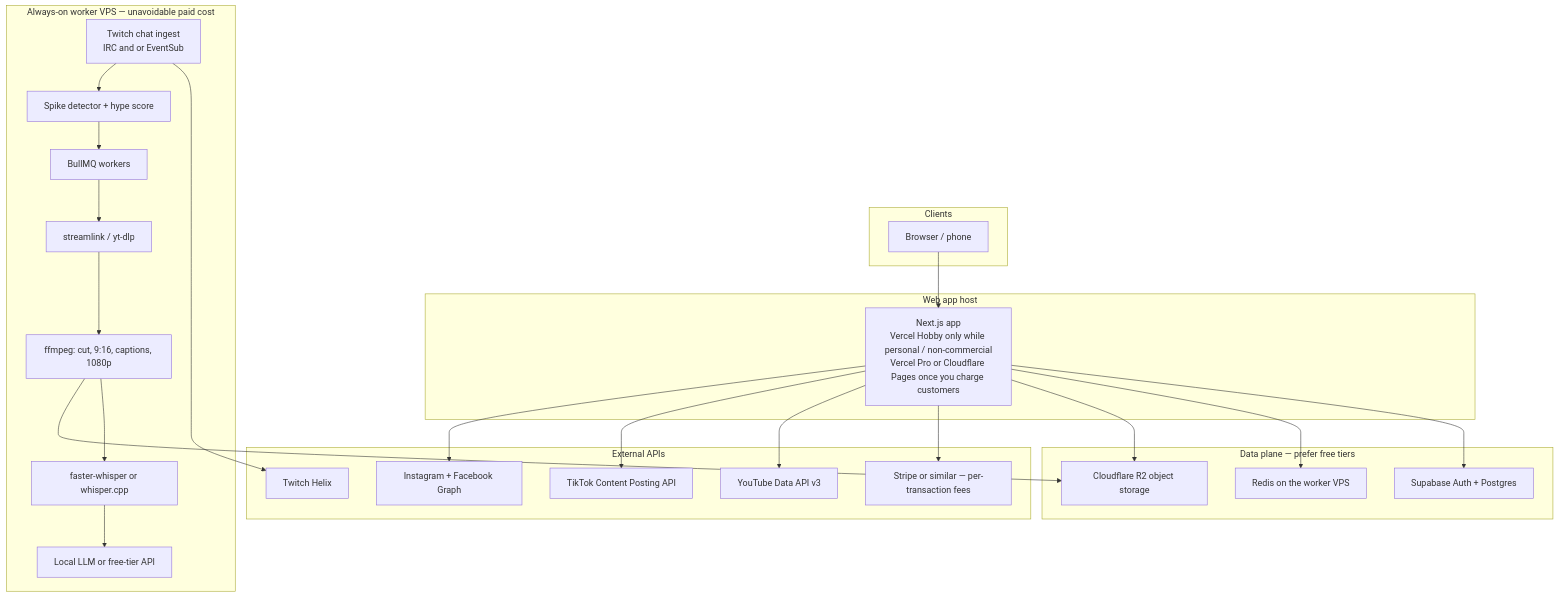
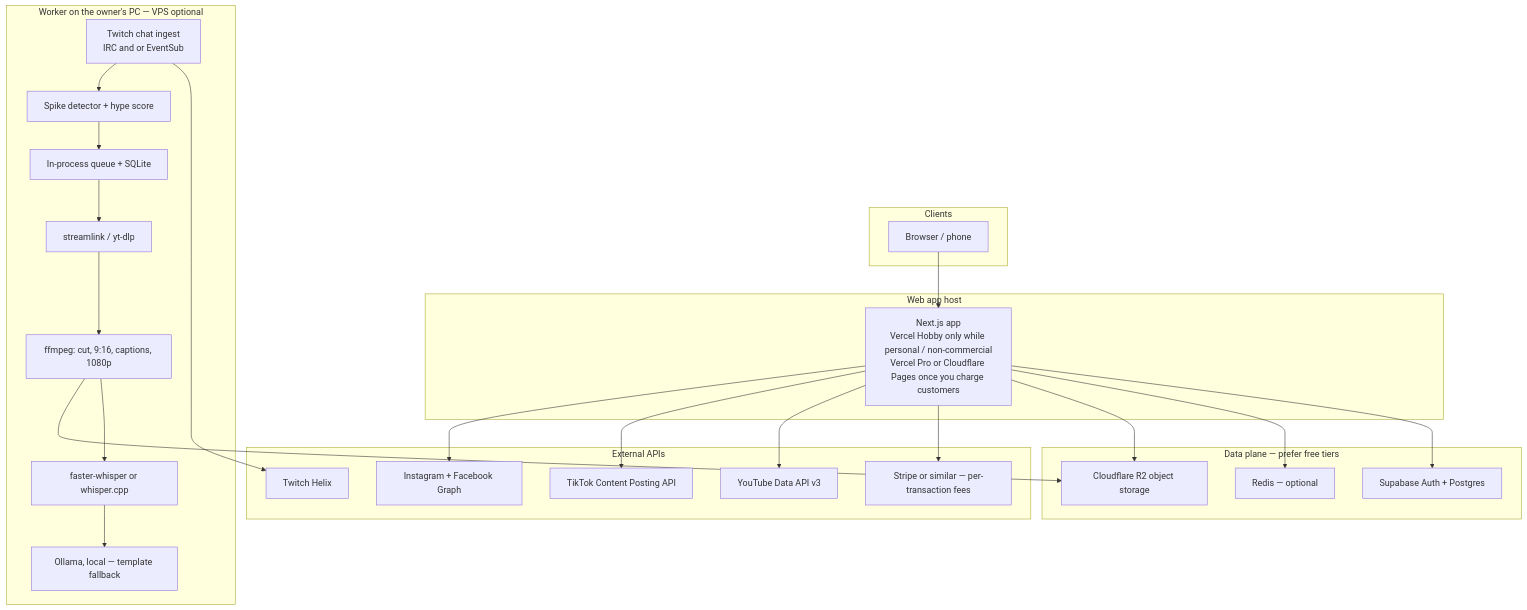
Before and after one commit to DocKarma1/gta6-clipper: the diagram in docs/PROJECT_PLAN.md, drawn with Mermaid. The commit also changed other lines of this file and 11 other files, not shown here.

First line of the commit message:
docs: self-host on the owner's PC (VPS optional), Ollama and new env vars; worker: workspace-scoped Supabase writes, Windows venv paths

````diff
--- a/docs/PROJECT_PLAN.md
+++ b/docs/PROJECT_PLAN.md
@@ -106,51 +106,51 @@
 ```mermaid
 flowchart TB
   subgraph clients [Clients]
     Browser[Browser / phone]
   end
 
   subgraph edge [Web app host]
     Web["Next.js app<br/>Vercel Hobby only while personal / non-commercial<br/>Vercel Pro or Cloudflare Pages once you charge customers"]
   end
 
   subgraph data [Data plane — prefer free tiers]
     SB[Supabase Auth + Postgres]
     R2[Cloudflare R2 object storage]
-    Redis[Redis on the worker VPS]
+    Redis[Redis — optional]
   end
 
-  subgraph vps [Always-on worker VPS — unavoidable paid cost]
-    APIQ[BullMQ workers]
+  subgraph vps [Worker on the owner's PC — VPS optional]
+    APIQ[In-process queue + SQLite]
     Chat[Twitch chat ingest<br/>IRC and or EventSub]
     Detect[Spike detector + hype score]
     Capture[streamlink / yt-dlp]
     FF[ffmpeg: cut, 9:16, captions, 1080p]
     STT[faster-whisper or whisper.cpp]
-    LLM[Local LLM or free-tier API]
+    LLM[Ollama, local — template fallback]
   end
 
   subgraph ext [External APIs]
     Helix[Twitch Helix]
     YT[YouTube Data API v3]
     TT[TikTok Content Posting API]
     Meta[Instagram + Facebook Graph]
     Pay[Stripe or similar — per-transaction fees]
   end
 
   Browser --> Web
   Web --> SB
   Web --> Redis
   Web --> R2
   Web --> Pay
   Chat --> Helix
   Chat --> Detect
   Detect --> APIQ
   APIQ --> Capture
   Capture --> FF
   FF --> STT
   STT --> LLM
   FF --> R2
   Web --> YT
   Web --> TT
   Web --> Meta
 ```
````
